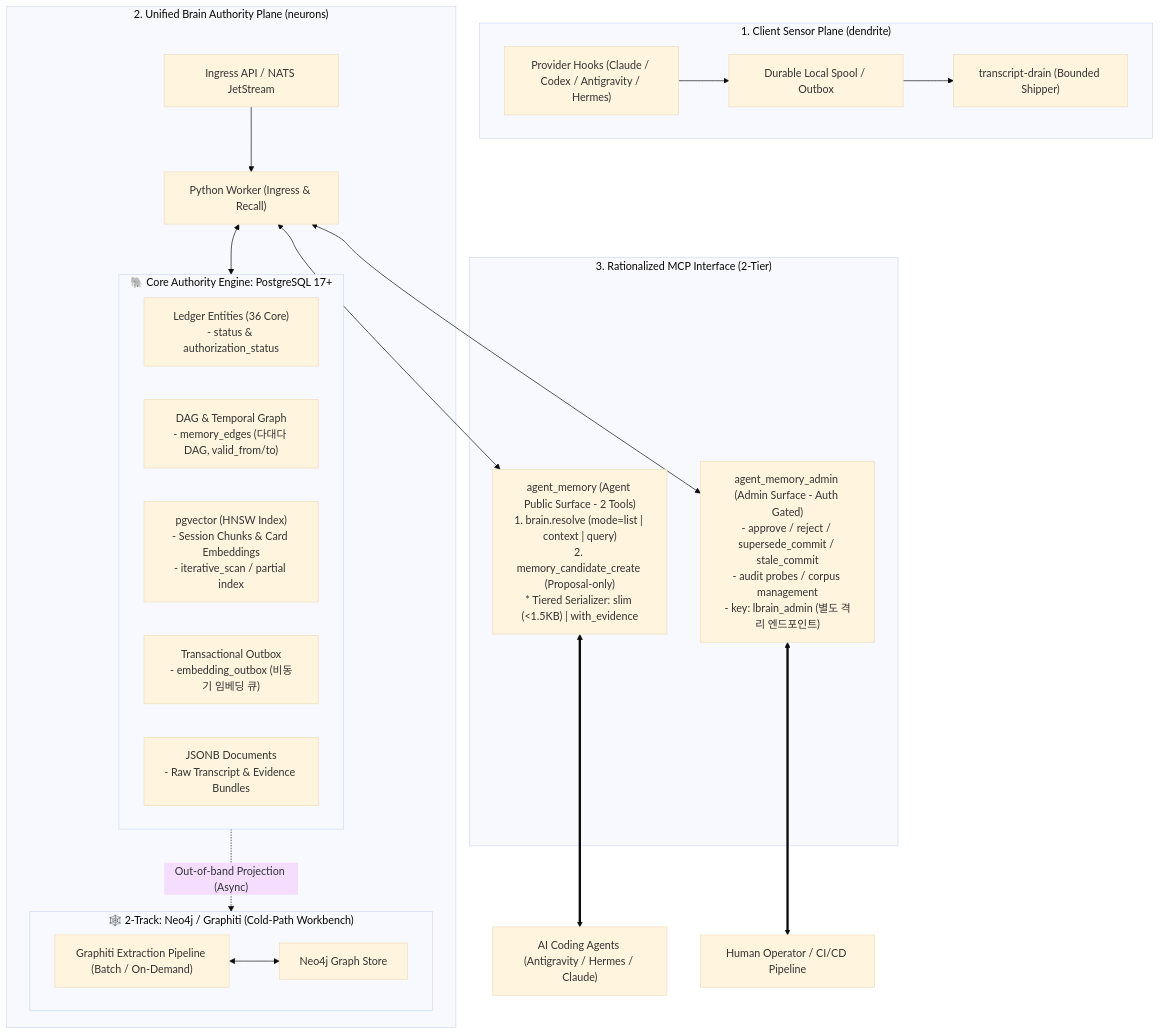
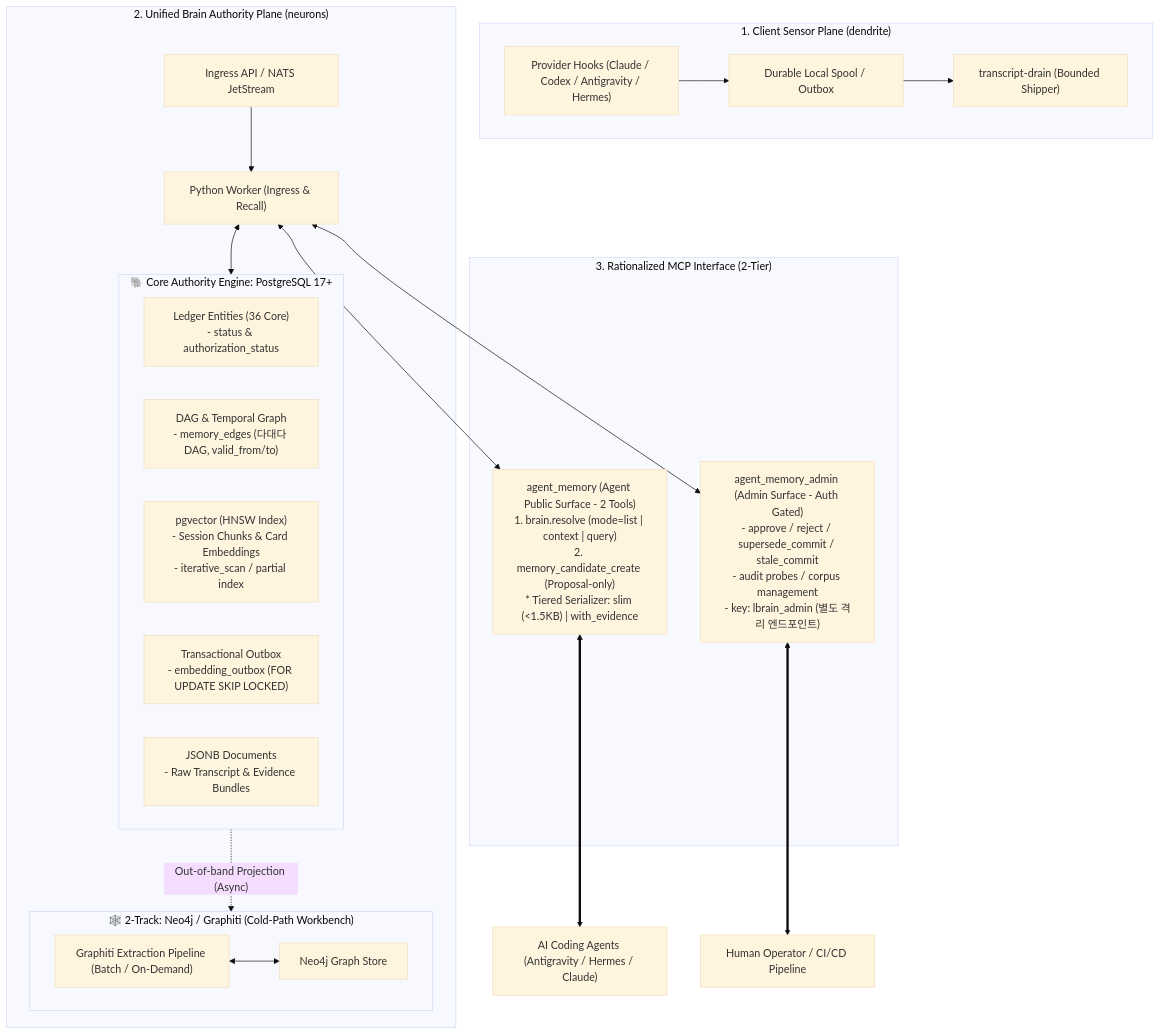
One commit to pureliture/neurons changed the diagram in specs/lbrain-architecture-rationalization/design.md. Above: the diagram before and after it, drawn with Mermaid (base theme). The commit also changed other lines of this file, not shown here.

````diff
--- a/specs/lbrain-architecture-rationalization/design.md
+++ b/specs/lbrain-architecture-rationalization/design.md
@@ -11,55 +12,55 @@
 ```mermaid
 flowchart TB
     subgraph ClientPlane ["1. Client Sensor Plane (dendrite)"]
         Hook["Provider Hooks (Claude / Codex / Antigravity / Hermes)"]
         Spool["Durable Local Spool / Outbox"]
         Drain["transcript-drain (Bounded Shipper)"]
         Hook --> Spool --> Drain
     end
 
     subgraph ServerPlane ["2. Unified Brain Authority Plane (neurons)"]
         Ingress["Ingress API / NATS JetStream"]
         Worker["Python Worker (Ingress & Recall)"]
         
         subgraph PostgresStorage ["🐘 Core Authority Engine: PostgreSQL 17+"]
             Relational["Ledger Entities (36 Core)
 - status & authorization_status"]
             Edges["DAG & Temporal Graph
 - memory_edges (다대다 DAG, valid_from/to)"]
             PgVector["pgvector (HNSW Index)
 - Session Chunks & Card Embeddings
 - iterative_scan / partial index"]
             Outbox["Transactional Outbox
-- embedding_outbox (비동기 임베딩 큐)"]
+- embedding_outbox (FOR UPDATE SKIP LOCKED)"]
             JsonbStore["JSONB Documents
 - Raw Transcript & Evidence Bundles"]
         end
 
         subgraph GraphWorkbench ["🕸️ 2-Track: Neo4j / Graphiti (Cold-Path Workbench)"]
             Neo4j["Neo4j Graph Store"]
             Graphiti["Graphiti Extraction Pipeline (Batch / On-Demand)"]
             Graphiti <--> Neo4j
         end
 
         Ingress --> Worker
         Worker <--> PostgresStorage
         PostgresStorage -. "Out-of-band Projection (Async)" .-> GraphWorkbench
     end
 
     subgraph MCPSurface ["3. Rationalized MCP Interface (2-Tier)"]
         AgentMCP["agent_memory (Agent Public Surface - 2 Tools)
 1. brain.resolve (mode=list | context | query)
 2. memory_candidate_create (Proposal-only)
 * Tiered Serializer: slim (<1.5KB) | with_evidence"]
         
         AdminMCP["agent_memory_admin (Admin Surface - Auth Gated)
 - approve / reject / supersede_commit / stale_commit
 - audit probes / corpus management
 - key: lbrain_admin (별도 격리 엔드포인트)"]
     end
 
     Worker <--> AgentMCP
     Worker <--> AdminMCP
     AgentMCP <==> CodingAgents["AI Coding Agents (Antigravity / Hermes / Claude)"]
     AdminMCP <==> Operator["Human Operator / CI/CD Pipeline"]
 ```
````
